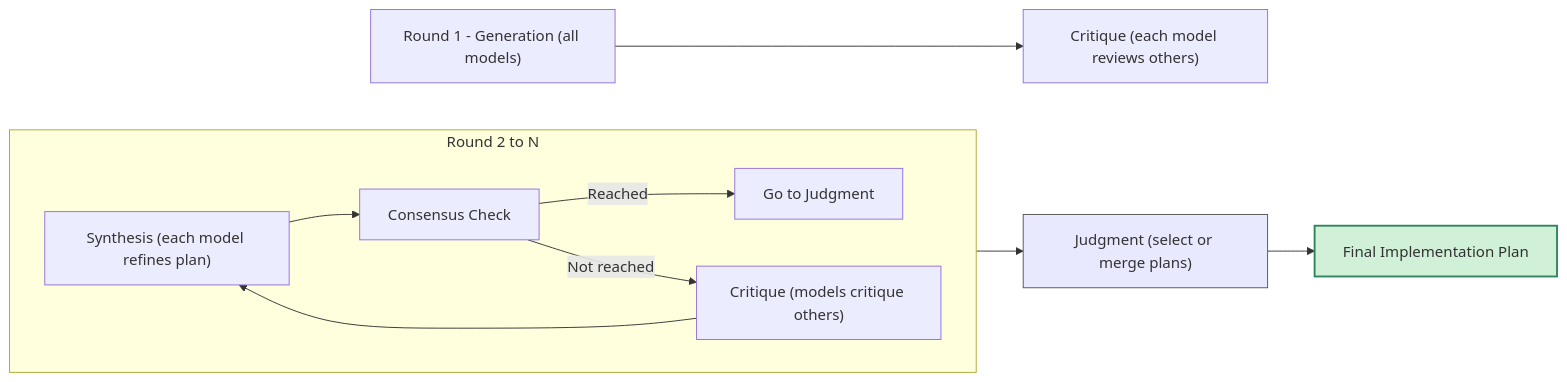
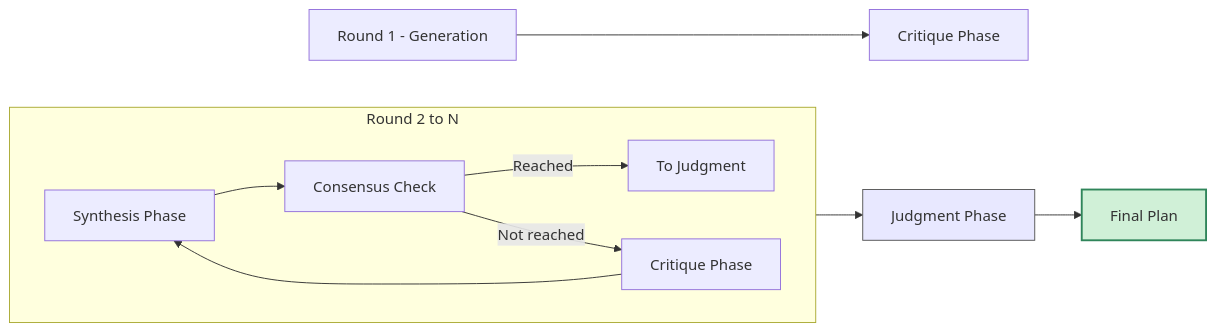
The first of 2 diagrams in README.md (jalehman/mcp-sage), drawn with Mermaid before and after one commit. The commit also changed other lines of this file, not shown here.

Commit message:
fix: update Mermaid diagrams for GitHub compatibility
- Remove special characters from Mermaid diagrams
- Simplify node text to avoid parsing errors
- Ensure diagrams render correctly on GitHub

🤖 Generated with [Claude Code](https://claude.ai/code)

````diff
--- a/README.md
+++ b/README.md
@@ -74,17 +74,17 @@
 ```mermaid
 flowchart LR
-  A1["Round 1 - Generation (all models)"] --> A2["Critique (each model reviews others)"]
+  A1["Round 1 - Generation"] --> A2["Critique Phase"]
   
   subgraph Loop["Round 2 to N"]
     direction LR
-    B1["Synthesis (each model refines plan)"] --> B2["Consensus Check"]
-    B2 -->|Reached| F["Go to Judgment"]
-    B2 -->|Not reached| B3["Critique (models critique others)"] --> B1
+    B1["Synthesis Phase"] --> B2["Consensus Check"]
+    B2 -->|Reached| F["To Judgment"]
+    B2 -->|Not reached| B3["Critique Phase"] --> B1
   end
   
-  F --> J["Judgment (select or merge plans)"]
-  J --> G["Final Implementation Plan"]
+  F --> J["Judgment Phase"]
+  J --> G["Final Plan"]
   
   style G fill:#D0F0D7,stroke:#2F855A,stroke-width:2px
   style J fill:#E8E8FF,stroke:#555,stroke-width:1px
 ```
````
